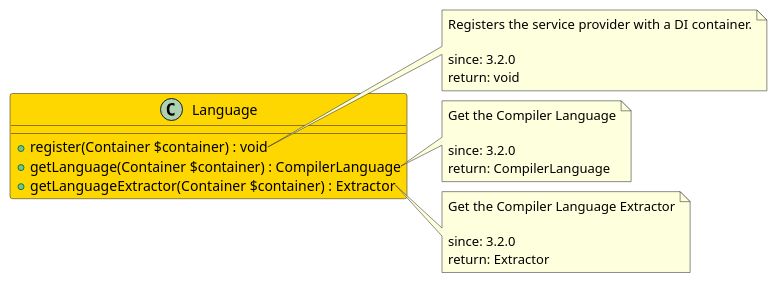
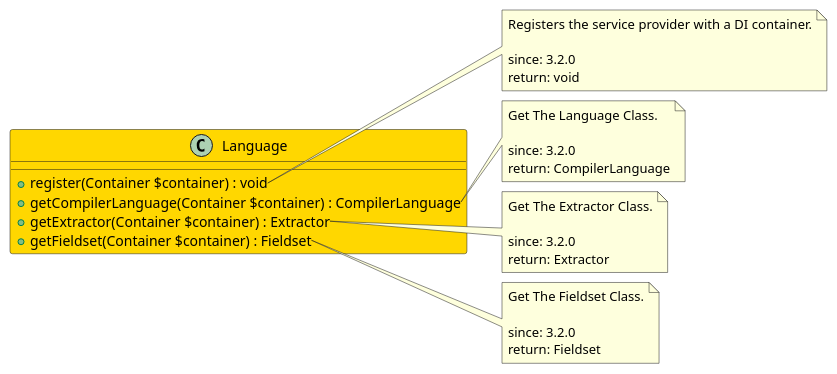
Before and after one commit to joomengine/jcb-compiler: the diagram in src/9f00e793-86f8-4ef9-b775-a3eb129f83c0/README.md, drawn with PlantUML. The commit also changed 725 other files, not shown here.

````diff
--- a/src/9f00e793-86f8-4ef9-b775-a3eb129f83c0/README.md
+++ b/src/9f00e793-86f8-4ef9-b775-a3eb129f83c0/README.md
@@ -11,31 +11,39 @@
 ```uml
 @startuml
 class Language  #Gold {
   + register(Container $container) : void
-  + getLanguage(Container $container) : CompilerLanguage
-  + getLanguageExtractor(Container $container) : Extractor
+  + getCompilerLanguage(Container $container) : CompilerLanguage
+  + getExtractor(Container $container) : Extractor
+  + getFieldset(Container $container) : Fieldset
 }
 
 note right of Language::register
   Registers the service provider with a DI container.
 
   since: 3.2.0
   return: void
 end note
 
-note right of Language::getLanguage
-  Get the Compiler Language
+note right of Language::getCompilerLanguage
+  Get The Language Class.
 
   since: 3.2.0
   return: CompilerLanguage
 end note
 
-note right of Language::getLanguageExtractor
-  Get the Compiler Language Extractor
+note right of Language::getExtractor
+  Get The Extractor Class.
 
   since: 3.2.0
   return: Extractor
 end note
+
+note right of Language::getFieldset
+  Get The Fieldset Class.
+
+  since: 3.2.0
+  return: Fieldset
+end note
  
 @enduml
 ```
````
